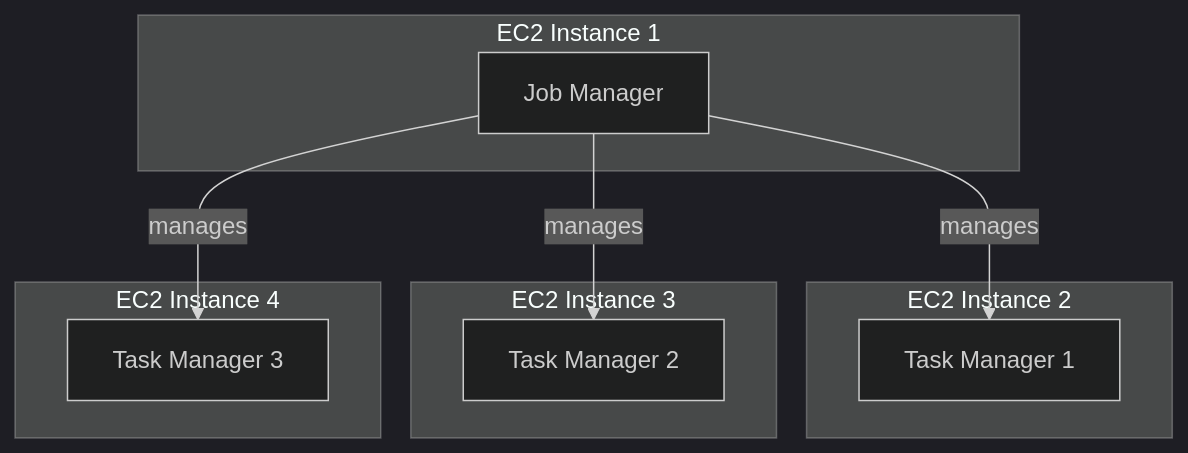
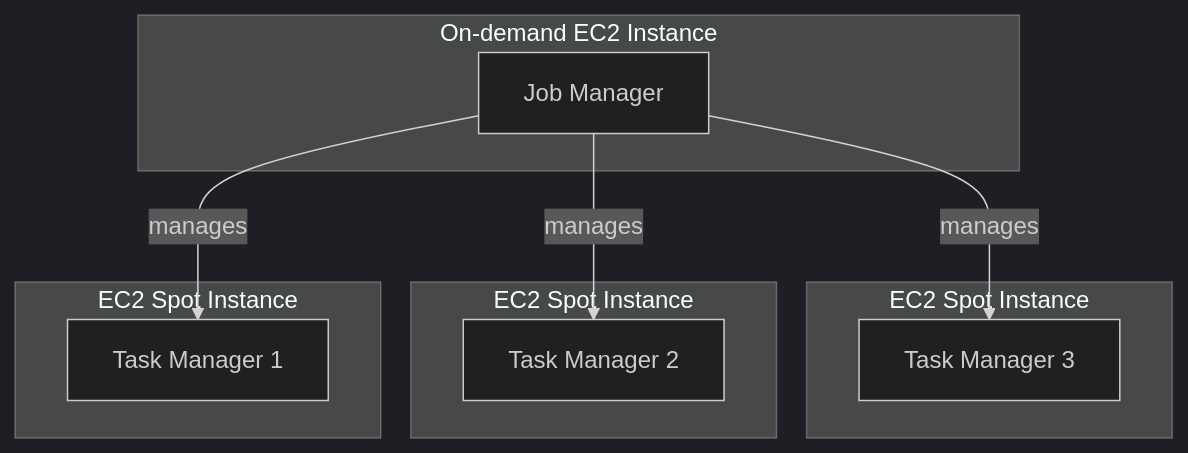
The diagram in readme.md (gordonmurray/tofu_aws_apache_flink), drawn with Mermaid (dark theme) before and after one commit. The commit also changed other lines of this file, not shown here.

Commit message:
Trying Mermaid diagram

````diff
--- a/readme.md
+++ b/readme.md
@@ -6,19 +8,19 @@
 ```mermaid
 graph TD
-    subgraph EC2 Instance 1
+    subgraph On-demand EC2 Instance
         JM[Job Manager]
     end
-    subgraph EC2 Instance 2
-        TM1[Task Manager 1]
+    subgraph EC2 Spot Instance
+        TM1[Task Manager 3]
     end
-    subgraph EC2 Instance 3
+    subgraph EC2 Spot Instance
         TM2[Task Manager 2]
     end
-    subgraph EC2 Instance 4
-        TM3[Task Manager 3]
+    subgraph EC2 Spot Instance
+        TM3[Task Manager 1]
     end
 
     JM -->|manages| TM1
     JM -->|manages| TM2
     JM -->|manages| TM3
 ```
````
